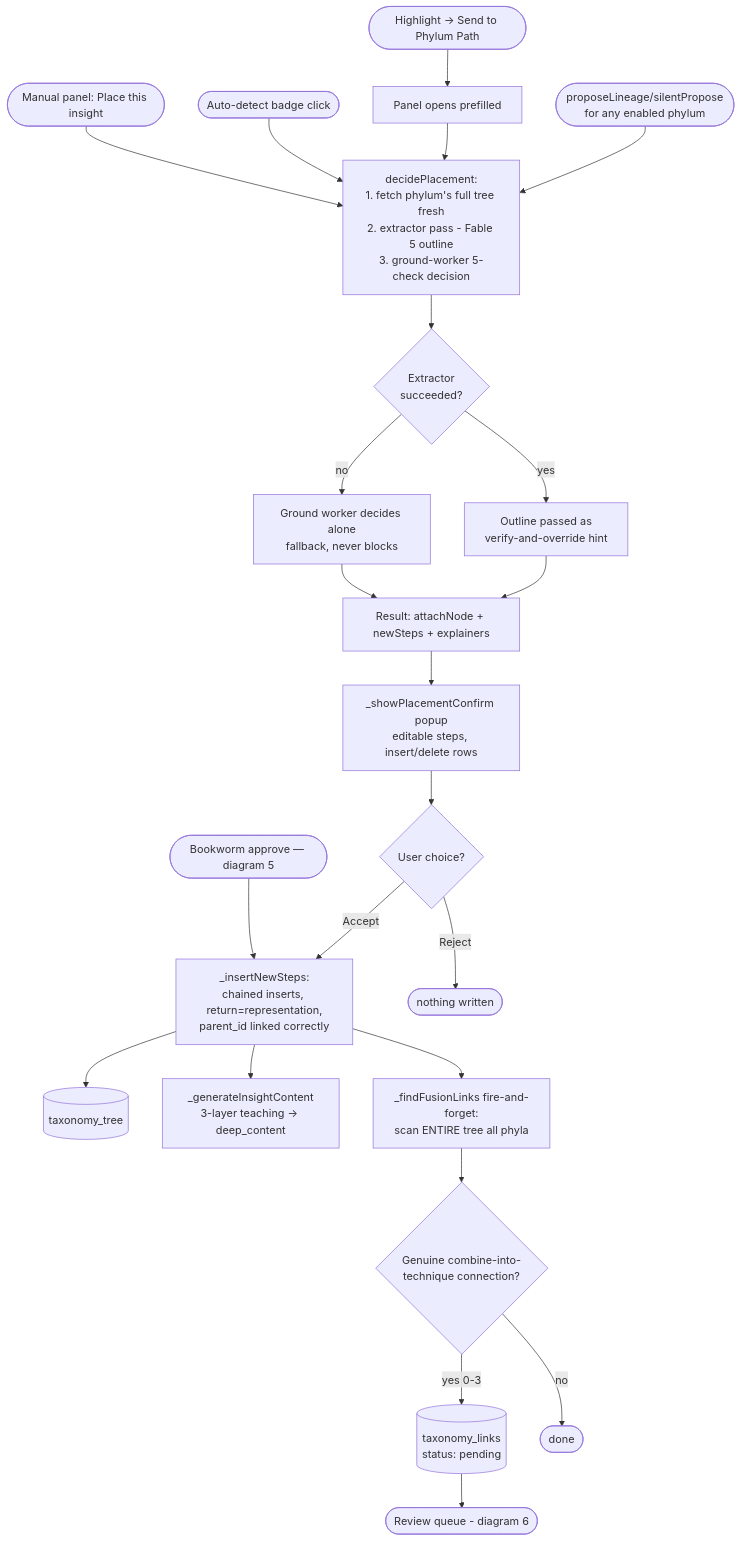
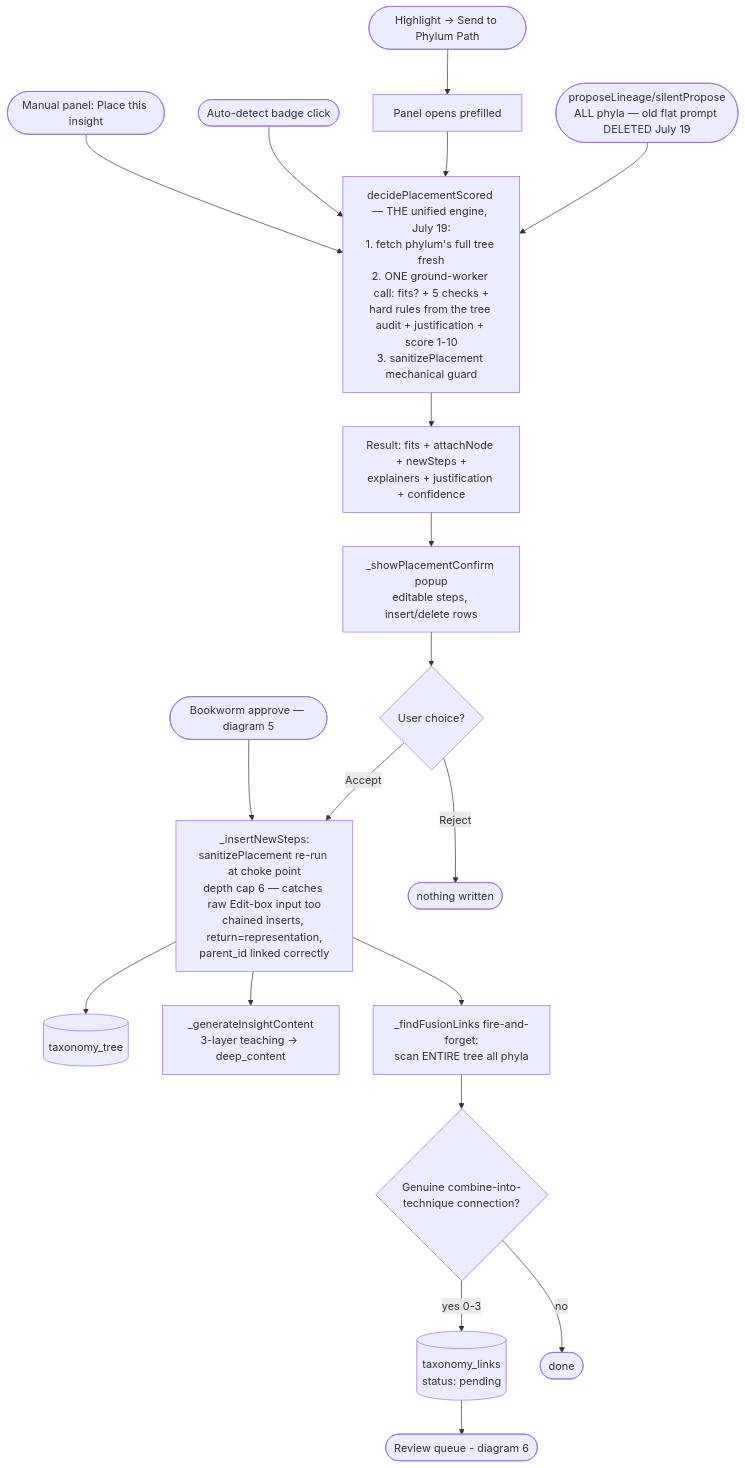
Before and after one commit to acesanyabeats-web/RPGACE: the third of 9 diagrams in system_flow_map.md, drawn with Mermaid. The commit also changed 4 other files, not shown here.

````diff
--- a/system_flow_map.md
+++ b/system_flow_map.md
@@ -127,25 +127,21 @@
 ```mermaid
 flowchart TD
     E1([Manual panel: Place this insight]) --> DP
     E2([Auto-detect badge click]) --> DP
     E3([Highlight → Send to Phylum Path]) --> PANEL[Panel opens prefilled] --> DP
-    E4([proposeLineage/silentPropose<br/>for any enabled phylum]) --> DP
+    E4([proposeLineage/silentPropose<br/>ALL phyla — old flat prompt DELETED July 19]) --> DP
     E5([Bookworm approve — diagram 5]) --> INS
 
-    DP[decidePlacement:<br/>1. fetch phylum's full tree fresh<br/>2. extractor pass - Fable 5 outline<br/>3. ground-worker 5-check decision] --> EXOK{Extractor<br/>succeeded?}
-    EXOK -->|no| COLD[Ground worker decides alone<br/>fallback, never blocks]
-    EXOK -->|yes| HINT[Outline passed as<br/>verify-and-override hint]
-    COLD --> DECIDE
-    HINT --> DECIDE
-    DECIDE[Result: attachNode + newSteps + explainers] --> CONFIRM[_showPlacementConfirm popup<br/>editable steps, insert/delete rows]
+    DP[decidePlacementScored — THE unified engine, July 19:<br/>1. fetch phylum's full tree fresh<br/>2. ONE ground-worker call: fits? + 5 checks +<br/>hard rules from the tree audit + justification + score 1-10<br/>3. sanitizePlacement mechanical guard] --> DECIDE
+    DECIDE[Result: fits + attachNode + newSteps +<br/>explainers + justification + confidence] --> CONFIRM[_showPlacementConfirm popup<br/>editable steps, insert/delete rows]
     CONFIRM --> USER{User choice?}
     USER -->|Reject| STOP([nothing written])
-    USER -->|Accept| INS[_insertNewSteps:<br/>chained inserts, return=representation,<br/>parent_id linked correctly]
+    USER -->|Accept| INS[_insertNewSteps:<br/>sanitizePlacement re-run at choke point<br/>depth cap 6 — catches raw Edit-box input too<br/>chained inserts, return=representation,<br/>parent_id linked correctly]
     INS --> TREE[(taxonomy_tree)]
     INS --> CONTENT[_generateInsightContent<br/>3-layer teaching → deep_content]
     INS --> FUSION[_findFusionLinks fire-and-forget:<br/>scan ENTIRE tree all phyla]
     FUSION --> FOUND{Genuine combine-into-<br/>technique connection?}
     FOUND -->|yes 0-3| PENDING[(taxonomy_links<br/>status: pending)]
     FOUND -->|no| DONE([done])
     PENDING --> RQ([Review queue - diagram 6])
 ```
````
